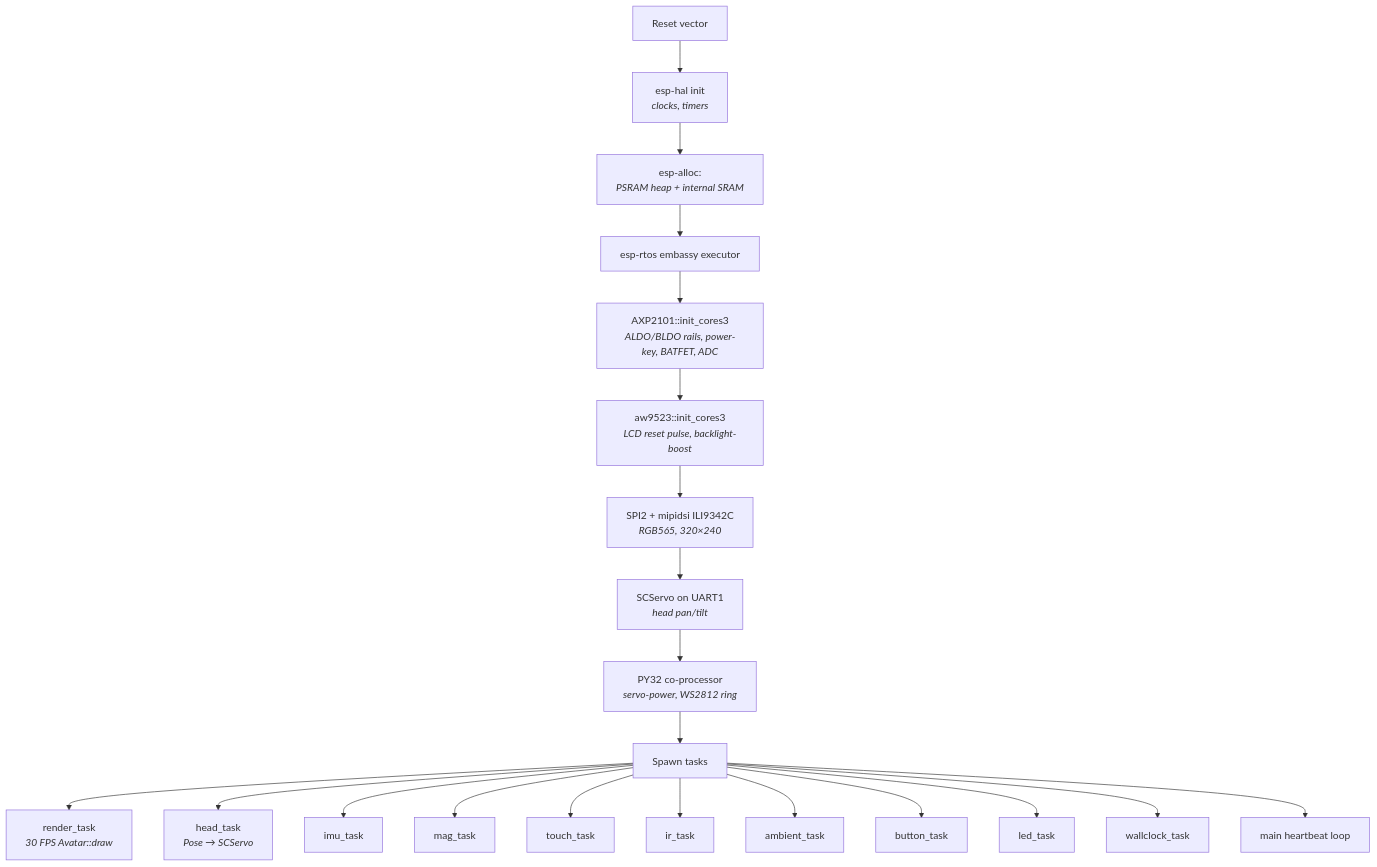
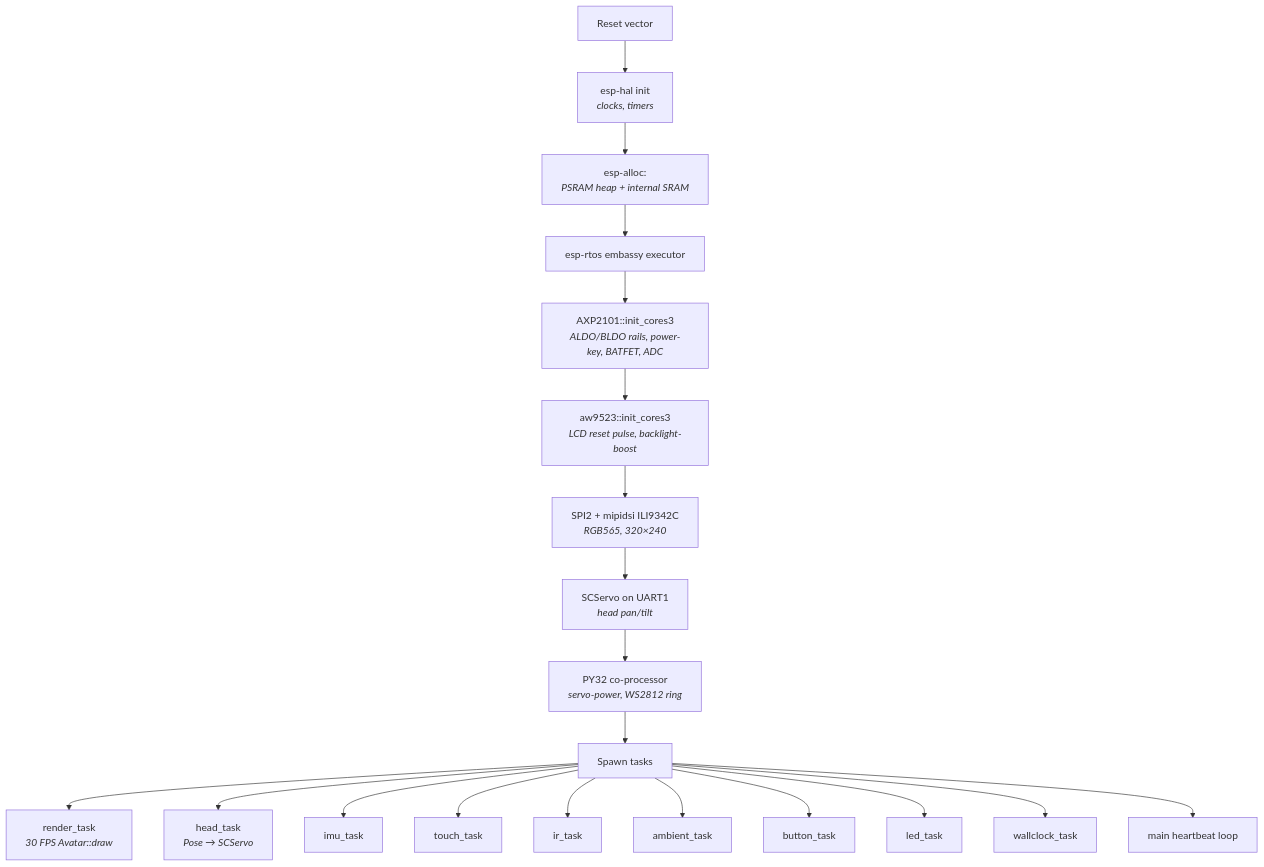
One commit to andymai/stackchan-kai changed the diagram in crates/stackchan-firmware/README.md. Above: the diagram before and after it, drawn with Mermaid. The commit also changed other lines of this file and 4 other files, not shown here.

````diff
--- a/crates/stackchan-firmware/README.md
+++ b/crates/stackchan-firmware/README.md
@@ -36,24 +36,23 @@
 ```mermaid
 flowchart TB
     Start[Reset vector]
     Start --> Hal[esp-hal init<br/><i>clocks, timers</i>]
     Hal --> Heap[esp-alloc:<br/><i>PSRAM heap + internal SRAM</i>]
     Heap --> Rtos[esp-rtos embassy executor]
     Rtos --> Pmic[AXP2101::init_cores3<br/><i>ALDO/BLDO rails, power-key, BATFET, ADC</i>]
     Pmic --> Exp[aw9523::init_cores3<br/><i>LCD reset pulse, backlight-boost</i>]
     Exp --> Lcd[SPI2 + mipidsi ILI9342C<br/><i>RGB565, 320×240</i>]
     Lcd --> Servo[SCServo on UART1<br/><i>head pan/tilt</i>]
     Servo --> Py[PY32 co-processor<br/><i>servo-power, WS2812 ring</i>]
     Py --> Spawn[Spawn tasks]
     Spawn --> Render[render_task<br/><i>30 FPS Avatar::draw</i>]
     Spawn --> Head[head_task<br/><i>Pose → SCServo</i>]
     Spawn --> Imu[imu_task]
-    Spawn --> Mag[mag_task]
     Spawn --> Touch[touch_task]
     Spawn --> Ir[ir_task]
     Spawn --> Ambient[ambient_task]
     Spawn --> Button[button_task]
     Spawn --> Led[led_task]
     Spawn --> Clock[wallclock_task]
     Spawn --> Main[main heartbeat loop]
 ```
````
